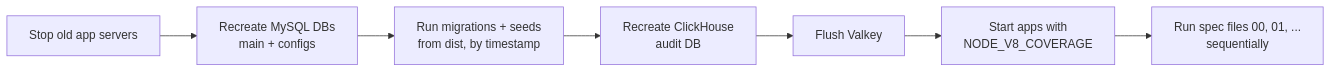
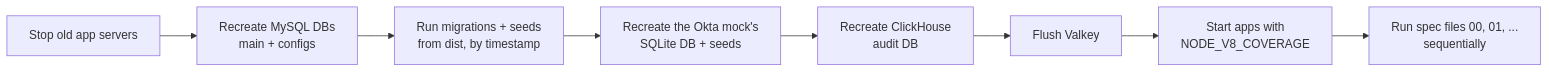
The diagram in docs/Testing/e2e.md (RazorDude/node-c), drawn with Mermaid before and after one commit. The commit also changed other lines of this file and 95 other files, not shown here.

Commit message:
WIP: v1.0.0-beta9: more fixes and tests, mock okta server for testing purposes

````diff
--- a/docs/Testing/e2e.md
+++ b/docs/Testing/e2e.md
@@ -17,9 +17,10 @@
 ```mermaid
 flowchart LR
   A[Stop old app servers] --> B[Recreate MySQL DBs<br/>main + configs]
   B --> C[Run migrations + seeds<br/>from dist, by timestamp]
-  C --> D[Recreate ClickHouse<br/>audit DB]
+  C --> O[Recreate the Okta mock's<br/>SQLite DB + seeds]
+  O --> D[Recreate ClickHouse<br/>audit DB]
   D --> E[Flush Valkey]
   E --> F[Start apps with<br/>NODE_V8_COVERAGE]
   F --> G[Run spec files 00, 01, ...<br/>sequentially]
 ```
````
